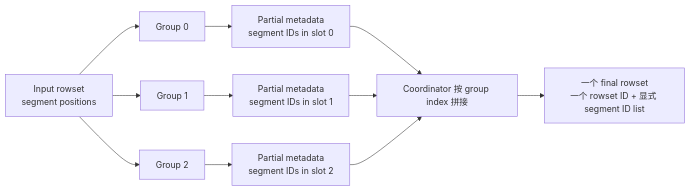
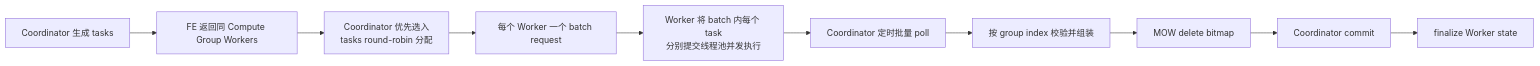
The diagram in parallel_compaction_new.md (mymeiyi/doris), drawn with Mermaid before and after one commit. The commit also changed other lines of this file, not shown here.

````diff
--- a/parallel_compaction_new.md
+++ b/parallel_compaction_new.md
@@ -220,13 +20,12 @@
 ```mermaid
 flowchart LR
-    I[Input rowset<br/>segment positions] --> G0[Group 0]
-    I --> G1[Group 1]
-    I --> G2[Group 2]
-    G0 --> O0[Partial metadata<br/>segment IDs in slot 0]
-    G1 --> O1[Partial metadata<br/>segment IDs in slot 1]
-    G2 --> O2[Partial metadata<br/>segment IDs in slot 2]
-    O0 --> A[Coordinator 按 group index 拼接]
-    O1 --> A
-    O2 --> A
-    A --> F[一个 final rowset<br/>一个 rowset ID + 显式 segment ID list]
+    A[Coordinator 生成 tasks] --> B[FE 返回同 Compute Group Workers]
+    B --> C[Coordinator 优先选入<br/>tasks round-robin 分配]
+    C --> D[每个 Worker 一个 batch request]
+    D --> E[Worker 将 batch 内每个 task<br/>分别提交线程池并发执行]
+    E --> F[Coordinator 定时批量 poll]
+    F --> G[按 group index 校验并组装]
+    G --> H[MOW delete bitmap]
+    H --> I[Coordinator commit]
+    I --> J[finalize Worker state]
 ```
````
